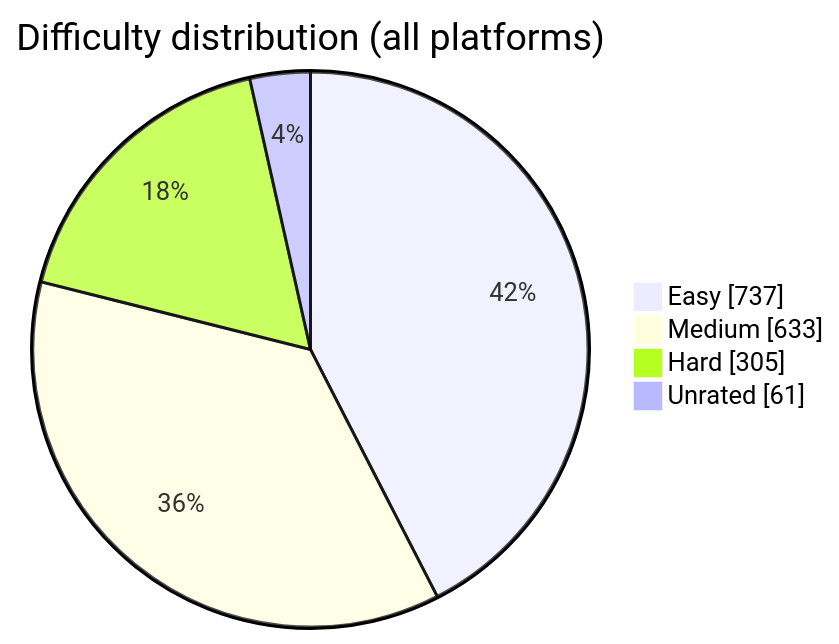
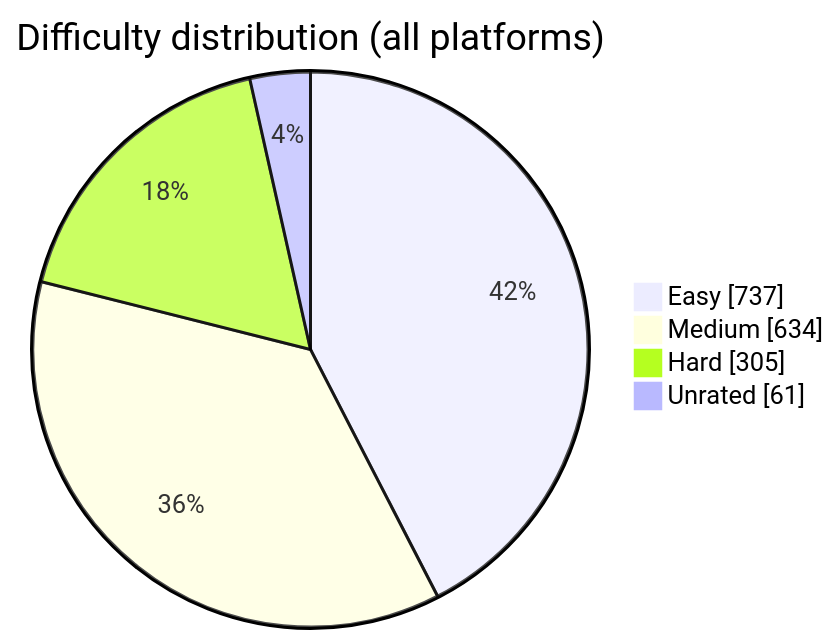
One commit to BuildbyArindam/Daily-Coding-Log changed the diagram in README.md. Above: the diagram before and after it, drawn with Mermaid. The commit also changed other lines of this file, not shown here.

````diff
--- a/README.md
+++ b/README.md
@@ -93,7 +93,7 @@
 ```mermaid
 pie showData title Difficulty distribution (all platforms)
     "Easy" : 737
-    "Medium" : 633
+    "Medium" : 634
     "Hard" : 305
     "Unrated" : 61
 ```
````
